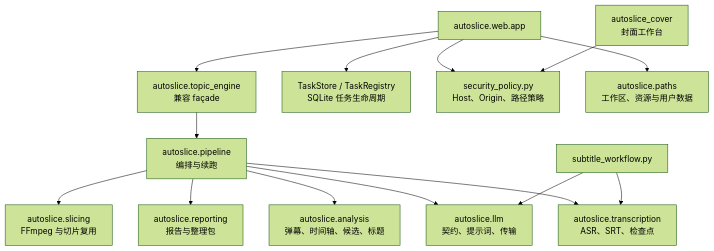
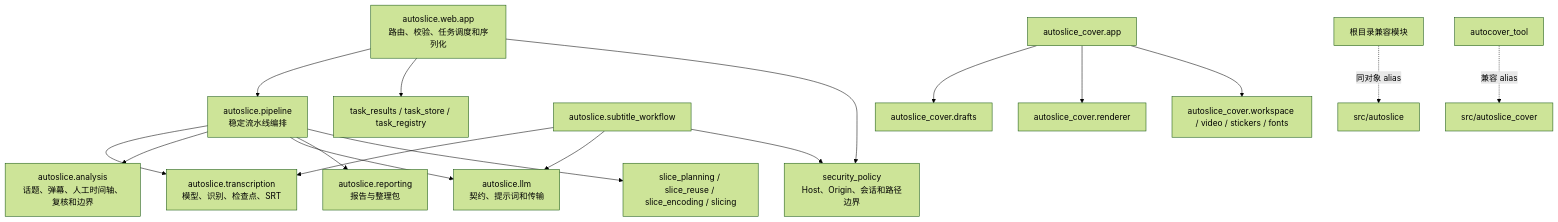
One commit to YRMDLG/AutoSlice changed the diagram in docs/架构重构.md. Above: the diagram before and after it, drawn with Mermaid (forest theme). The commit also changed other lines of this file, not shown here.

Commit message:
docs: align architecture status with current owners

````diff
--- a/docs/架构重构.md
+++ b/docs/架构重构.md
@@ -29,16 +26,23 @@
 ```mermaid
 flowchart TD
-    UI["autoslice.web.app"] --> Facade["autoslice.topic_engine<br/>兼容 façade"]
-    Facade --> Pipeline["autoslice.pipeline<br/>编排与续跑"]
-    Pipeline --> Transcription["autoslice.transcription<br/>ASR、SRT、检查点"]
-    Pipeline --> Analysis["autoslice.analysis<br/>弹幕、时间轴、候选、标题"]
-    Pipeline --> LLM["autoslice.llm<br/>契约、提示词、传输"]
+    Web["autoslice.web.app<br/>路由、校验、任务调度和序列化"] --> Pipeline["autoslice.pipeline<br/>稳定流水线编排"]
+    Web --> Tasks["task_results / task_store / task_registry"]
+    Web --> Security["security_policy<br/>Host、Origin、会话和路径边界"]
+
+    Pipeline --> Transcription["autoslice.transcription<br/>模型、识别、检查点、SRT"]
+    Pipeline --> Analysis["autoslice.analysis<br/>话题、弹幕、人工时间轴、复核和边界"]
+    Pipeline --> LLM["autoslice.llm<br/>契约、提示词和传输"]
     Pipeline --> Reporting["autoslice.reporting<br/>报告与整理包"]
-    Pipeline --> Slicing["autoslice.slicing<br/>FFmpeg 与切片复用"]
-    UI --> Tasks["TaskStore / TaskRegistry<br/>SQLite 任务生命周期"]
-    UI --> Security["security_policy.py<br/>Host、Origin、路径策略"]
-    UI --> Paths["autoslice.paths<br/>工作区、资源与用户数据"]
-    Subtitle["subtitle_workflow.py"] --> Transcription
+    Pipeline --> Slicing["slice_planning / slice_reuse / slice_encoding / slicing"]
+
+    Subtitle["autoslice.subtitle_workflow"] --> Transcription
     Subtitle --> LLM
-    Cover["autoslice_cover<br/>封面工作台"] --> Security
+    Subtitle --> Security
+
+    CoverWeb["autoslice_cover.app"] --> CoverDrafts["autoslice_cover.drafts"]
+    CoverWeb --> CoverRenderer["autoslice_cover.renderer"]
+    CoverWeb --> CoverWorkspace["autoslice_cover.workspace / video / stickers / fonts"]
+
+    RootShim["根目录兼容模块"] -.同对象 alias.-> Package["src/autoslice"]
+    CoverShim["autocover_tool"] -.兼容 alias.-> CoverPackage["src/autoslice_cover"]
 ```
````
